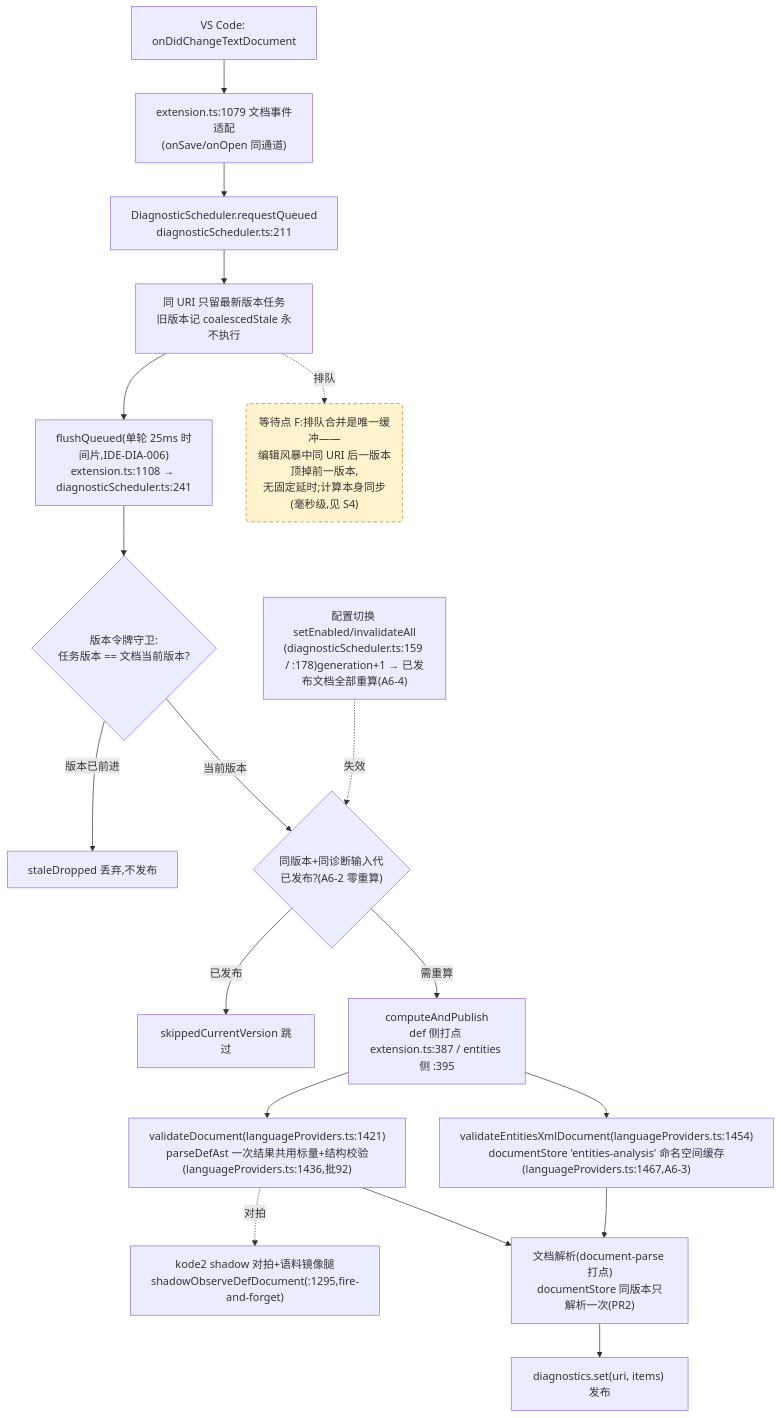
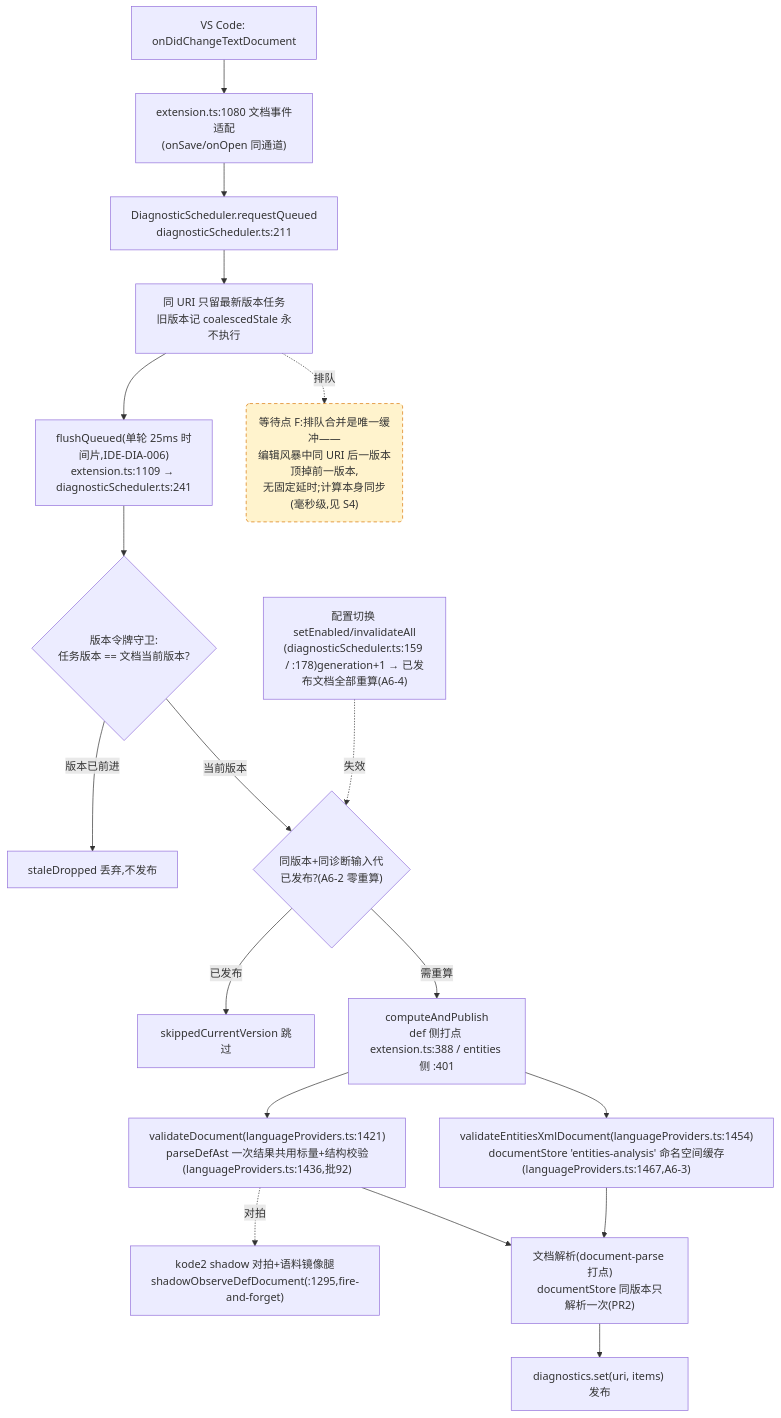
One commit to cuihairu/kode changed the fourth of 4 diagrams in docs/perf/2026-baseline.md. Above: the diagram before and after it, drawn with Mermaid. The commit also changed other lines of this file and 12 other files, not shown here.

````diff
--- a/docs/perf/2026-baseline.md
+++ b/docs/perf/2026-baseline.md
@@ -214,38 +214,38 @@
 ```mermaid
 flowchart TD
   CHG["VS Code: onDidChangeTextDocument"]
-  WATCH["extension.ts:1079 文档事件适配<br/>(onSave/onOpen 同通道)"]
+  WATCH["extension.ts:1080 文档事件适配<br/>(onSave/onOpen 同通道)"]
   RQ["DiagnosticScheduler.requestQueued<br/>diagnosticScheduler.ts:211"]
   CO["同 URI 只留最新版本任务<br/>旧版本记 coalescedStale 永不执行"]
-  FL["flushQueued(单轮 25ms 时间片,IDE-DIA-006)<br/>extension.ts:1108 → diagnosticScheduler.ts:241"]
+  FL["flushQueued(单轮 25ms 时间片,IDE-DIA-006)<br/>extension.ts:1109 → diagnosticScheduler.ts:241"]
   VG{"版本令牌守卫:<br/>任务版本 == 文档当前版本?"}
   DROP["staleDropped 丢弃,不发布"]
   GEN{"同版本+同诊断输入代<br/>已发布?(A6-2 零重算)"}
   SKIP["skippedCurrentVersion 跳过"]
-  CALC["computeAndPublish<br/>def 侧打点 extension.ts:387 / entities 侧 :395"]
+  CALC["computeAndPublish<br/>def 侧打点 extension.ts:388 / entities 侧 :401"]
   VD["validateDocument(languageProviders.ts:1421)<br/>parseDefAst 一次结果共用标量+结构校验(languageProviders.ts:1436,批92)"]
   VEX["validateEntitiesXmlDocument(languageProviders.ts:1454)<br/>documentStore 'entities-analysis' 命名空间缓存(languageProviders.ts:1467,A6-3)"]
   SHDD["kode2 shadow 对拍+语料镜像腿<br/>shadowObserveDefDocument(:1295,fire-and-forget)"]
   DS["文档解析(document-parse 打点)<br/>documentStore 同版本只解析一次(PR2)"]
   PUB["diagnostics.set(uri, items) 发布"]
   CFG2["配置切换 setEnabled/invalidateAll<br/>(diagnosticScheduler.ts:159 / :178)generation+1 → 已发布文档全部重算(A6-4)"]
 
   CHG --> WATCH --> RQ --> CO --> FL --> VG
   VG -- "版本已前进" --> DROP
   VG -- "当前版本" --> GEN
   GEN -- "已发布" --> SKIP
   GEN -- "需重算" --> CALC
   CALC --> VD
   CALC --> VEX
   VD --> DS
   VEX --> DS
   DS --> PUB
   VD -.->|对拍| SHDD
   CFG2 -.->|失效| GEN
 
   WAITF("等待点 F:排队合并是唯一缓冲——<br/>编辑风暴中同 URI 后一版本顶掉前一版本,<br/>无固定延时;计算本身同步(毫秒级,见 S4)")
   CO -.->|排队| WAITF
 
   classDef waitPoint fill:#fff3cd,stroke:#d97706,stroke-dasharray:5 4;
   class WAITF waitPoint;
 ```
````
